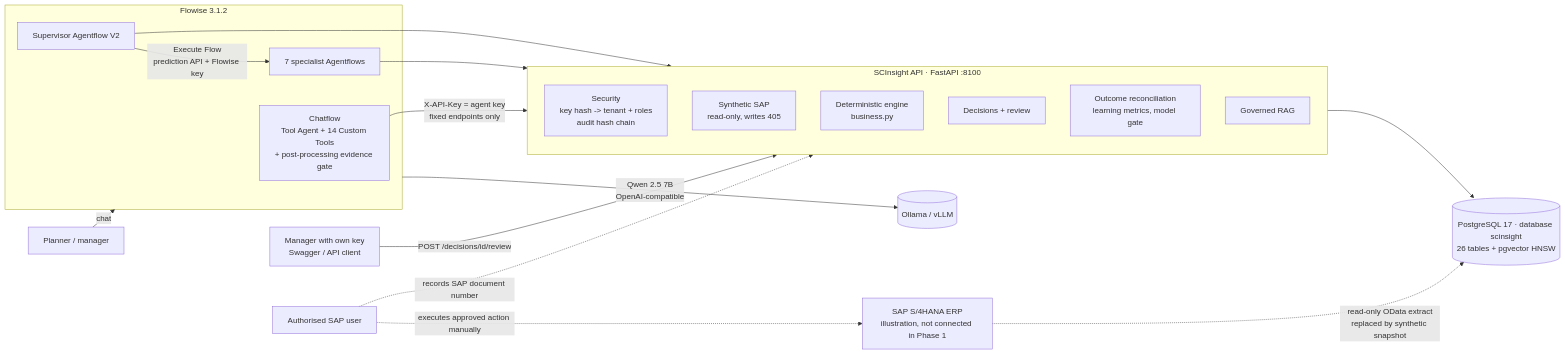
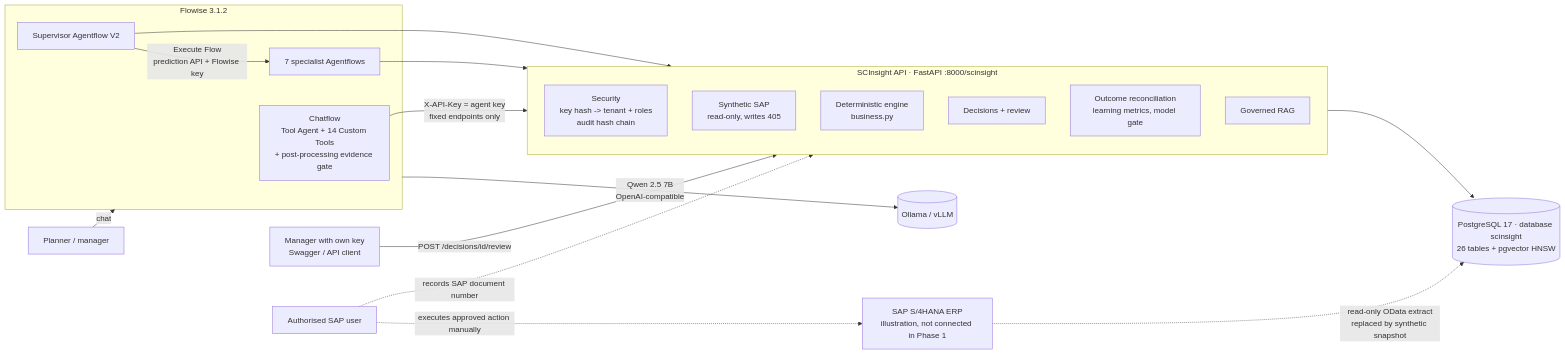
One commit to Sherlock2019/SupplyChain_Predictions changed the first of 2 diagrams in docs/scinsight/ARCHITECTURE.md. Above: the diagram before and after it, drawn with Mermaid. The commit also changed 94 other files, not shown here.

First line of the commit message:
One FastAPI app, ERP / SAP Setup console, backend code templates

````diff
--- a/docs/scinsight/ARCHITECTURE.md
+++ b/docs/scinsight/ARCHITECTURE.md
@@ -3,27 +3,27 @@
 ```mermaid
 flowchart LR
     U[Planner / manager] -->|chat| FW
     subgraph FW[Flowise 3.1.2]
         CF[Chatflow<br/>Tool Agent + 14 Custom Tools<br/>+ post-processing evidence gate]
         SV[Supervisor Agentflow V2]
         SP[7 specialist Agentflows]
         SV -->|Execute Flow<br/>prediction API + Flowise key| SP
     end
     FW -->|Qwen 2.5 7B<br/>OpenAI-compatible| LLM[(Ollama / vLLM)]
     CF -->|X-API-Key = agent key<br/>fixed endpoints only| API
     SV --> API
     SP --> API
     M[Manager with own key<br/>Swagger / API client] -->|POST /decisions/id/review| API
-    subgraph API[SCInsight API · FastAPI :8100]
+    subgraph API[SCInsight API · FastAPI :8000/scinsight]
         SEC[Security<br/>key hash -> tenant + roles<br/>audit hash chain]
         SAP[Synthetic SAP<br/>read-only, writes 405]
         CALC[Deterministic engine<br/>business.py]
         DEC[Decisions + review]
         LRN[Outcome reconciliation<br/>learning metrics, model gate]
         RAG[Governed RAG]
     end
     API --> PG[(PostgreSQL 17 · database scinsight<br/>26 tables + pgvector HNSW)]
     ERP[SAP S/4HANA ERP<br/>illustration, not connected in Phase 1] -.->|read-only OData extract<br/>replaced by synthetic snapshot| PG
     SU[Authorised SAP user] -.->|executes approved action manually| ERP
     SU -.->|records SAP document number| API
 ```
````
